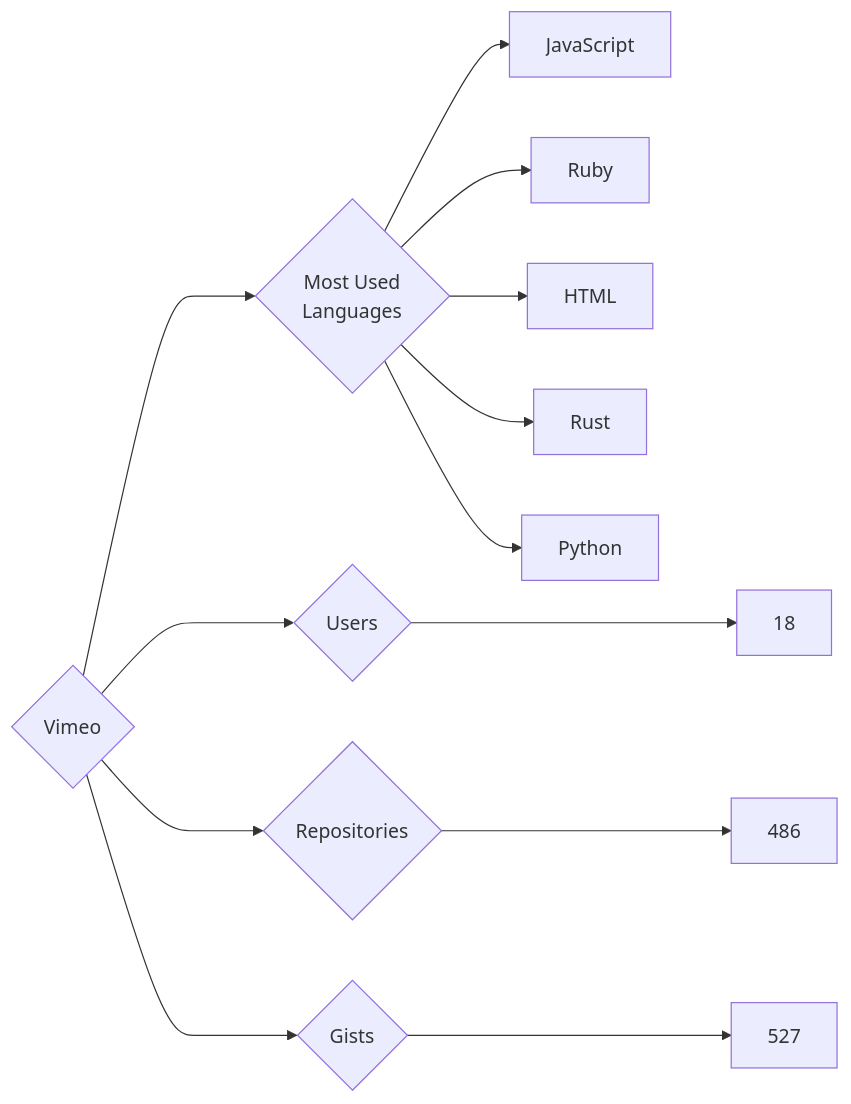
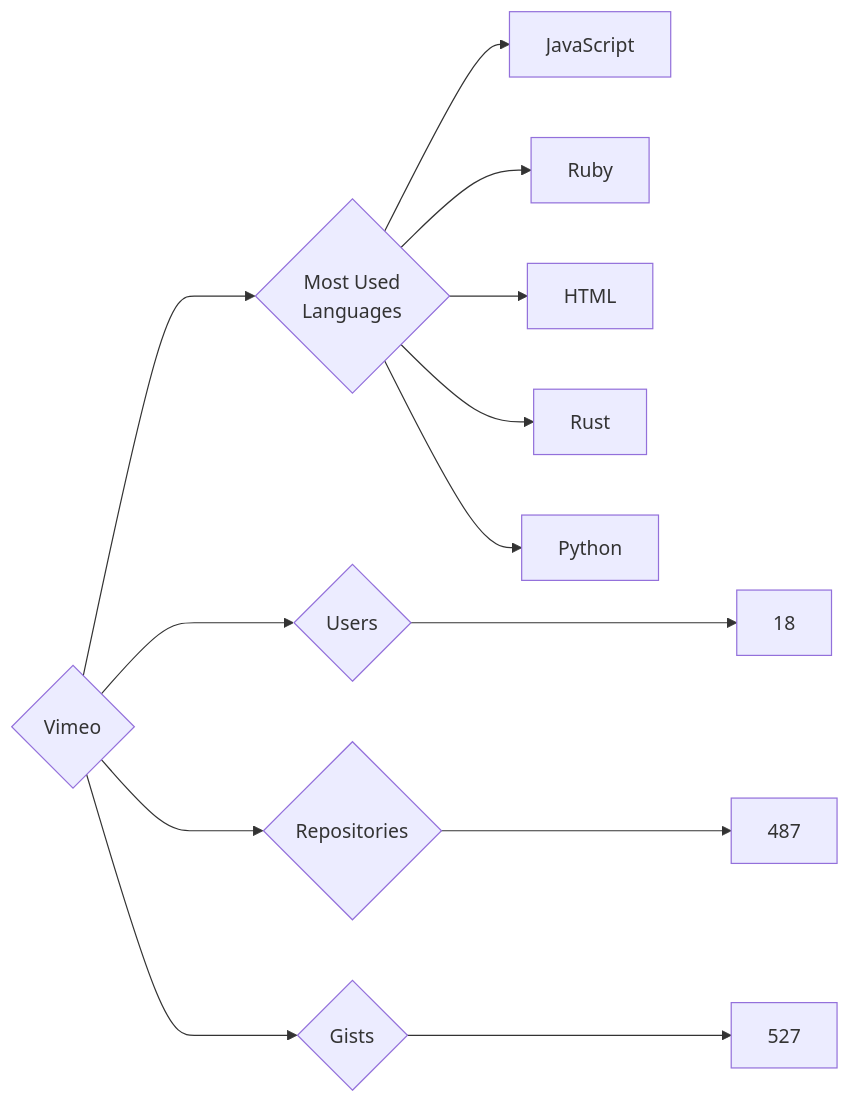
Before and after one commit to trickest/insiders: the diagram in targets/Vimeo/README.md, drawn with Mermaid. The commit also changed 895 other files, not shown here.

````diff
--- a/targets/Vimeo/README.md
+++ b/targets/Vimeo/README.md
@@ -3,13 +3,13 @@
 ```mermaid
 graph LR
 COMPANY_NAME{Vimeo}
 COMPANY_NAME ---> U{Users} ---> UN[18]
-COMPANY_NAME ---> R{Repositories} ---> RN[486]
+COMPANY_NAME ---> R{Repositories} ---> RN[487]
 COMPANY_NAME ---> G{Gists} ---> GN[527]
 COMPANY_NAME ---> ML{Most Used<br>Languages}
 ML --> JavaScript[JavaScript]
 ML --> Ruby[Ruby]
 ML --> HTML[HTML]
 ML --> Rust[Rust]
 ML --> Python[Python]
 ```
````
